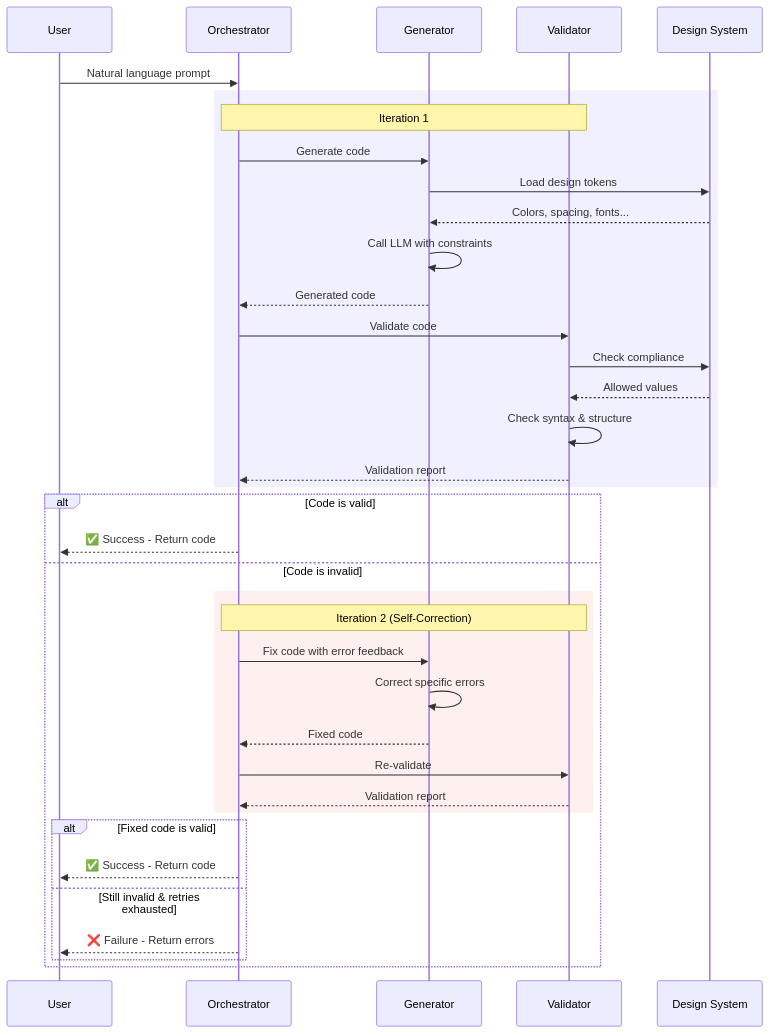
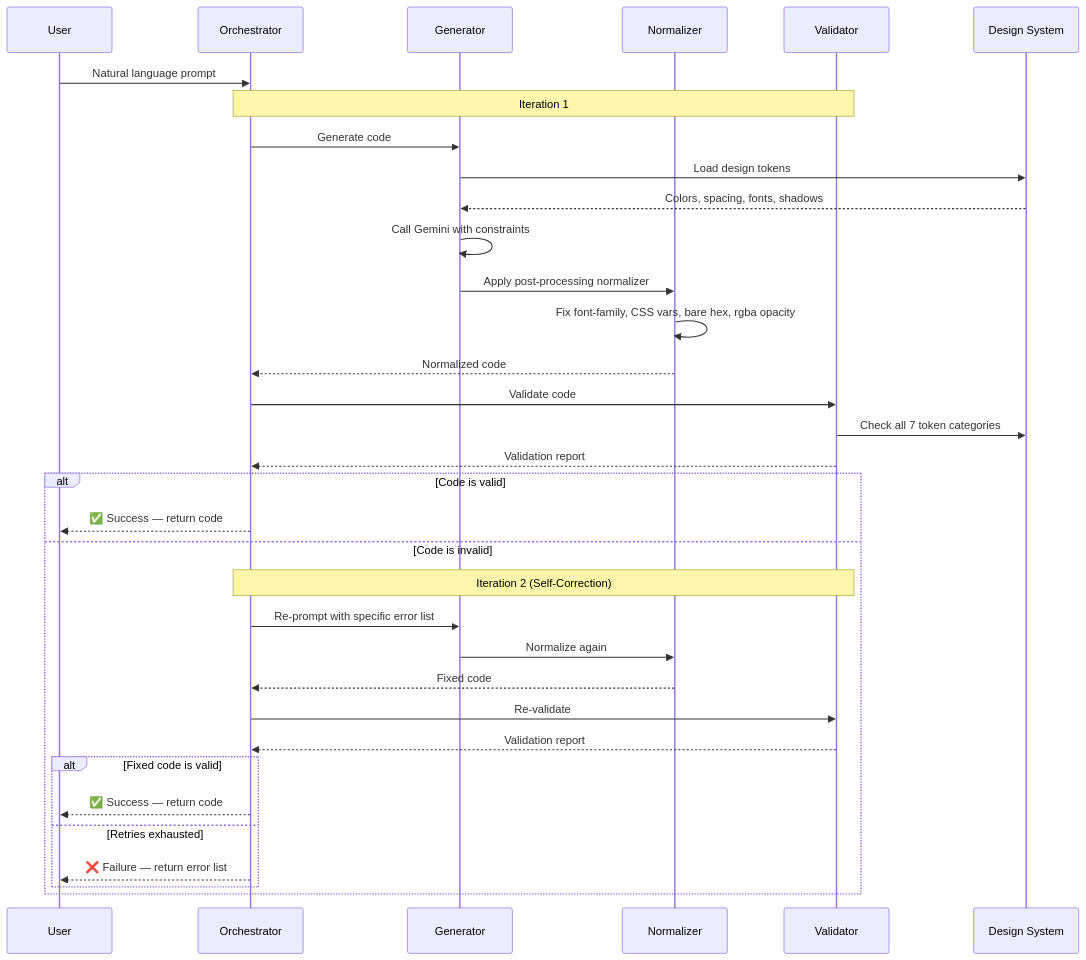
One commit to saikiranpulagalla/governed-angular-ui-generator changed the second of 4 diagrams in README.md. Above: the diagram before and after it, drawn with Mermaid. The commit also changed other lines of this file and 9 other files, not shown here.

````diff
--- a/README.md
+++ b/README.md
@@ -64,43 +73,40 @@
 ```mermaid
 sequenceDiagram
     participant U as User
     participant O as Orchestrator
     participant G as Generator
+    participant N as Normalizer
     participant V as Validator
     participant DS as Design System
 
     U->>O: Natural language prompt
-    
-    rect rgb(240, 240, 255)
-        Note over O,V: Iteration 1
-        O->>G: Generate code
-        G->>DS: Load design tokens
-        DS-->>G: Colors, spacing, fonts...
-        G->>G: Call LLM with constraints
-        G-->>O: Generated code
-        O->>V: Validate code
-        V->>DS: Check compliance
-        DS-->>V: Allowed values
-        V->>V: Check syntax & structure
+
+    Note over O,V: Iteration 1
+    O->>G: Generate code
+    G->>DS: Load design tokens
+    DS-->>G: Colors, spacing, fonts, shadows
+    G->>G: Call Gemini with constraints
+    G->>N: Apply post-processing normalizer
+    N->>N: Fix font-family, CSS vars, bare hex, rgba opacity
+    N-->>O: Normalized code
+    O->>V: Validate code
+    V->>DS: Check all 7 token categories
+    V-->>O: Validation report
+
+    alt Code is valid
+        O-->>U: ✅ Success — return code
+    else Code is invalid
+        Note over O,V: Iteration 2 (Self-Correction)
+        O->>G: Re-prompt with specific error list
+        G->>N: Normalize again
+        N-->>O: Fixed code
+        O->>V: Re-validate
         V-->>O: Validation report
-    end
-    
-    alt Code is valid
-        O-->>U: ✅ Success - Return code
-    else Code is invalid
-        rect rgb(255, 240, 240)
-            Note over O,V: Iteration 2 (Self-Correction)
-            O->>G: Fix code with error feedback
-            G->>G: Correct specific errors
-            G-->>O: Fixed code
-            O->>V: Re-validate
-            V-->>O: Validation report
-        end
-        
+
         alt Fixed code is valid
-            O-->>U: ✅ Success - Return code
-        else Still invalid & retries exhausted
-            O-->>U: ❌ Failure - Return errors
+            O-->>U: ✅ Success — return code
+        else Retries exhausted
+            O-->>U: ❌ Failure — return error list
         end
     end
 ```
````
